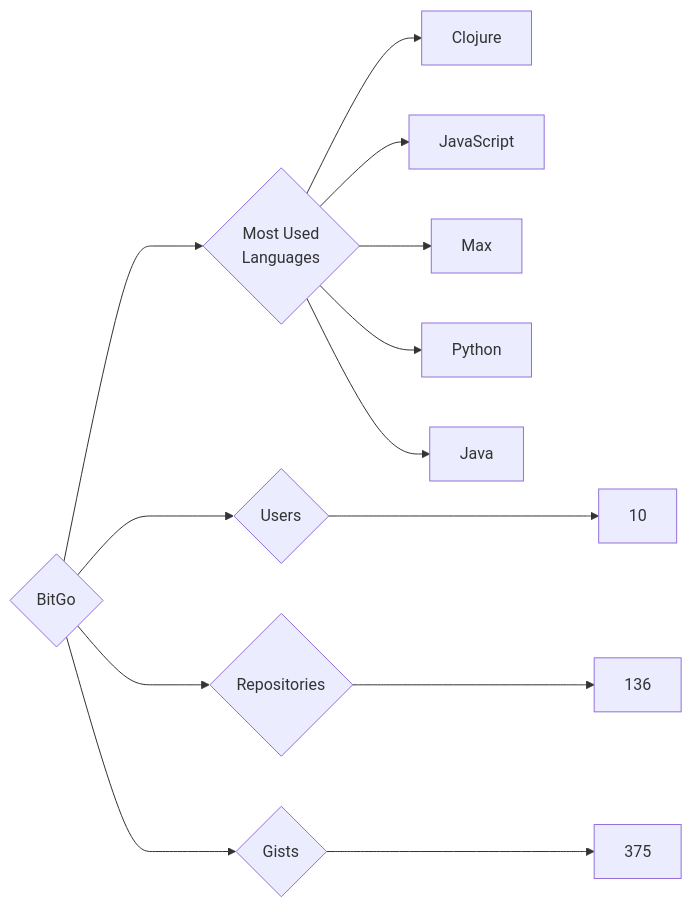
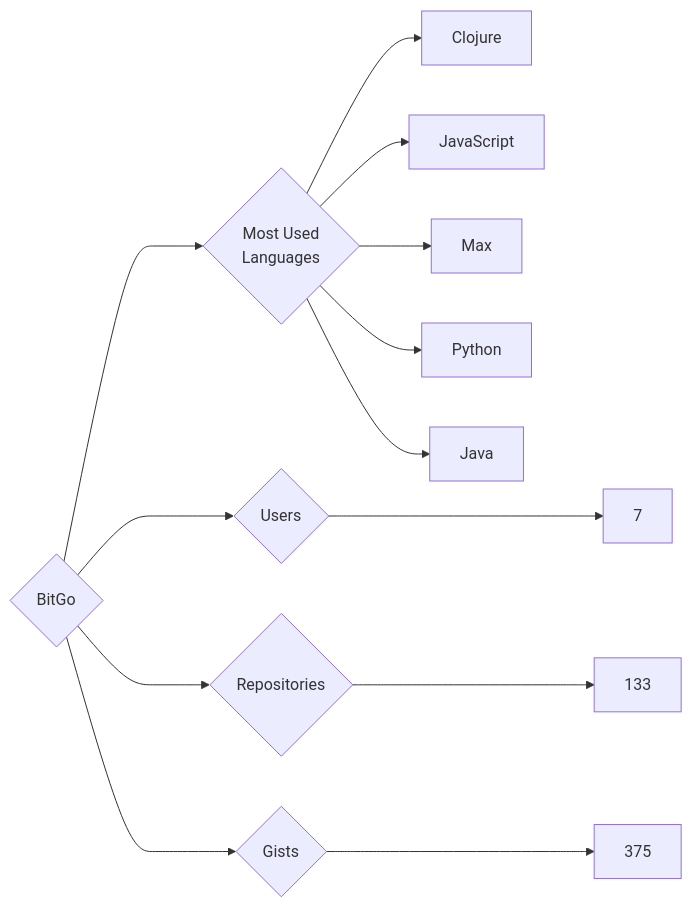
Before and after one commit to trickest/insiders: the diagram in targets/BitGo/README.md, drawn with Mermaid. The commit also changed 942 other files, not shown here.

````diff
--- a/targets/BitGo/README.md
+++ b/targets/BitGo/README.md
@@ -3,13 +3,13 @@
 ```mermaid
 graph LR
 COMPANY_NAME{BitGo}
-COMPANY_NAME ---> U{Users} ---> UN[10]
-COMPANY_NAME ---> R{Repositories} ---> RN[136]
+COMPANY_NAME ---> U{Users} ---> UN[7]
+COMPANY_NAME ---> R{Repositories} ---> RN[133]
 COMPANY_NAME ---> G{Gists} ---> GN[375]
 COMPANY_NAME ---> ML{Most Used<br>Languages}
 ML --> Clojure[Clojure]
 ML --> JavaScript[JavaScript]
 ML --> Max[Max]
 ML --> Python[Python]
 ML --> Java[Java]
 ```
````
